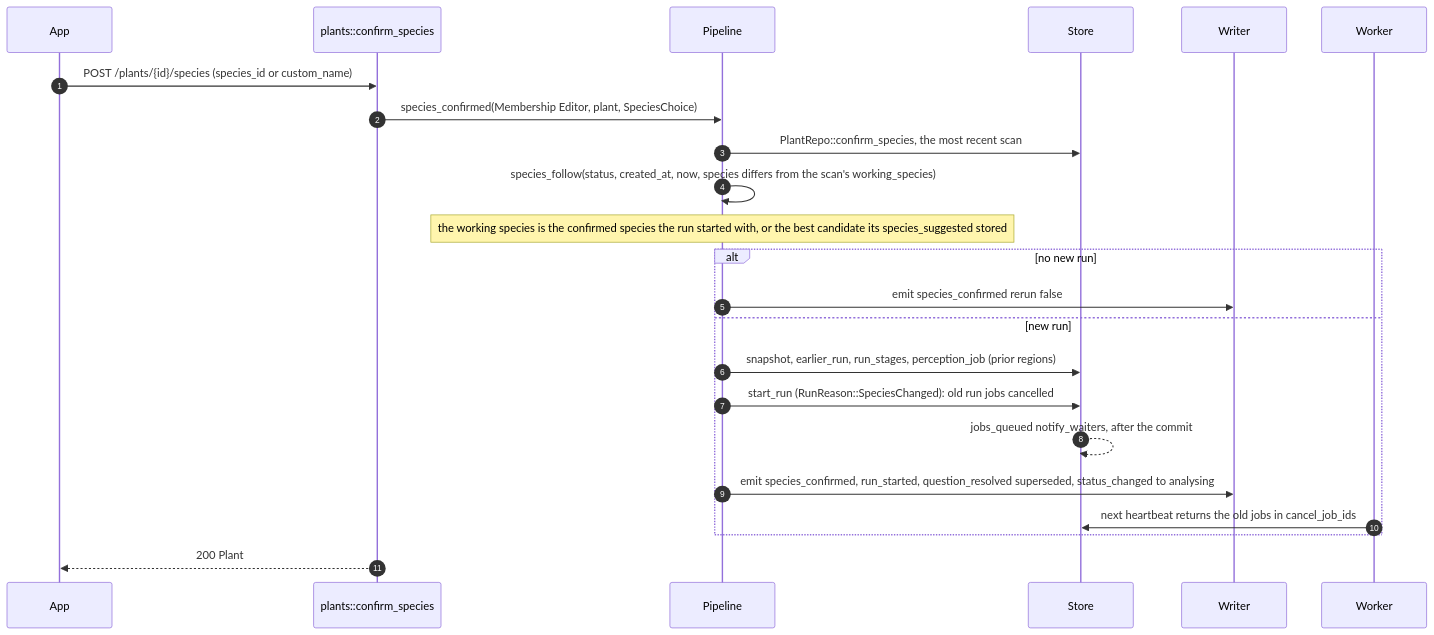
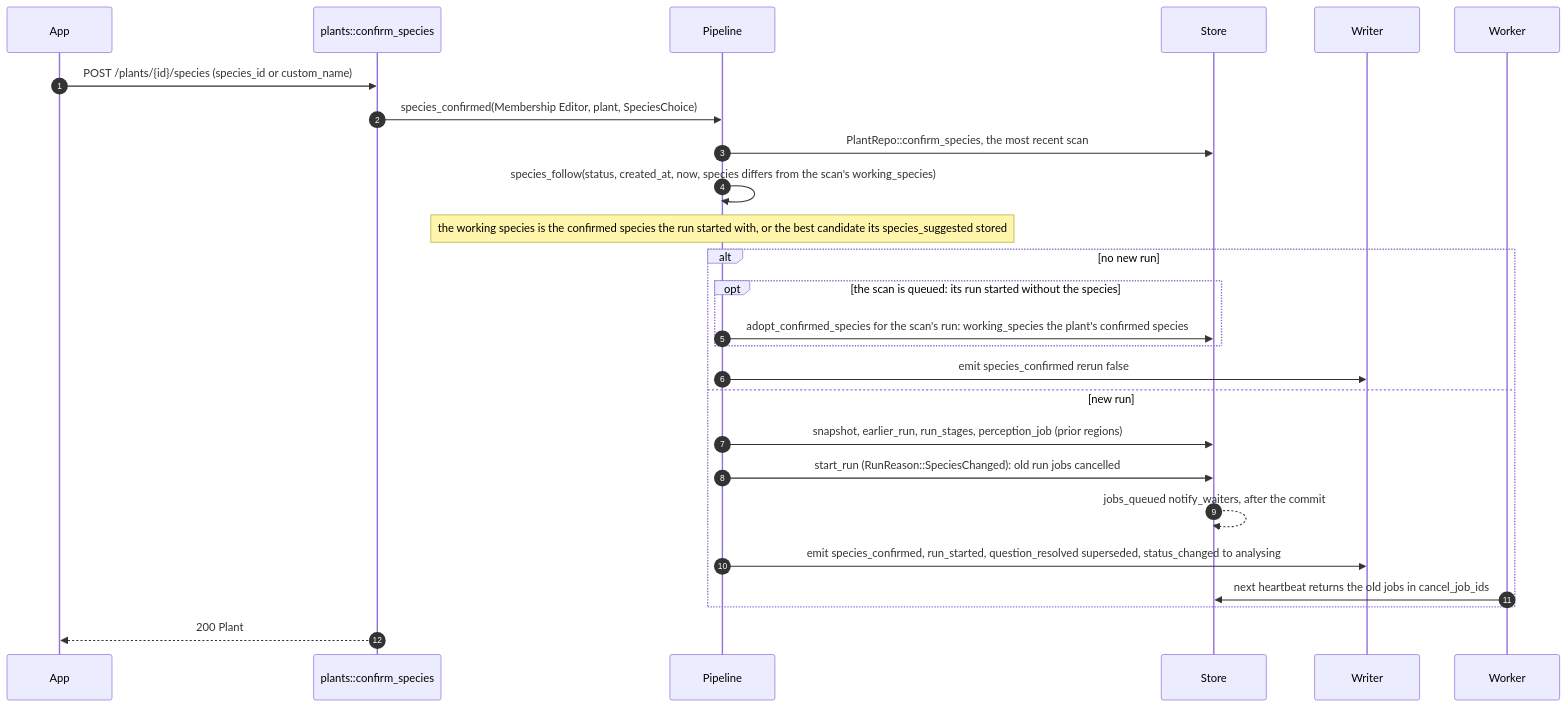
Diagram 15 of 34 in docs/backend/flows.md (aacruzgon/GreenLens), drawn with Mermaid before and after one commit. The commit also changed other lines of this file and 10 other files, not shown here.

````diff
--- a/docs/backend/flows.md
+++ b/docs/backend/flows.md
@@ -769,25 +769,28 @@
 ```mermaid
 sequenceDiagram
     autonumber
     participant App
     participant Handler as plants::confirm_species
     participant Pipeline
     participant Store
     participant Writer
     participant Worker
     App->>Handler: POST /plants/{id}/species (species_id or custom_name)
     Handler->>Pipeline: species_confirmed(Membership Editor, plant, SpeciesChoice)
     Pipeline->>Store: PlantRepo::confirm_species, the most recent scan
     Pipeline->>Pipeline: species_follow(status, created_at, now, species differs from the scan's working_species)
     Note over Pipeline: the working species is the confirmed species the run started with, or the best candidate its species_suggested stored
     alt no new run
+        opt the scan is queued: its run started without the species
+            Pipeline->>Store: adopt_confirmed_species for the scan's run: working_species the plant's confirmed species
+        end
         Pipeline->>Writer: emit species_confirmed rerun false
     else new run
         Pipeline->>Store: snapshot, earlier_run, run_stages, perception_job (prior regions)
         Pipeline->>Store: start_run (RunReason::SpeciesChanged): old run jobs cancelled
         Store-->>Store: jobs_queued notify_waiters, after the commit
         Pipeline->>Writer: emit species_confirmed, run_started, question_resolved superseded, status_changed to analysing
         Worker->>Store: next heartbeat returns the old jobs in cancel_job_ids
     end
     Handler-->>App: 200 Plant
 ```
````
